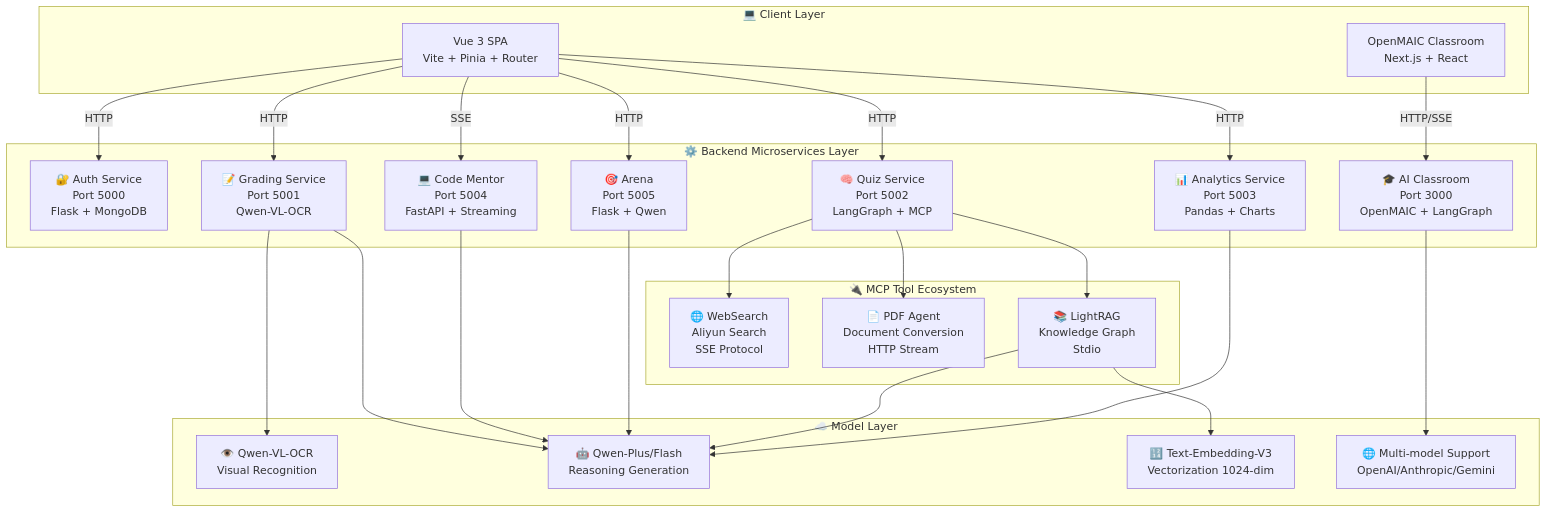
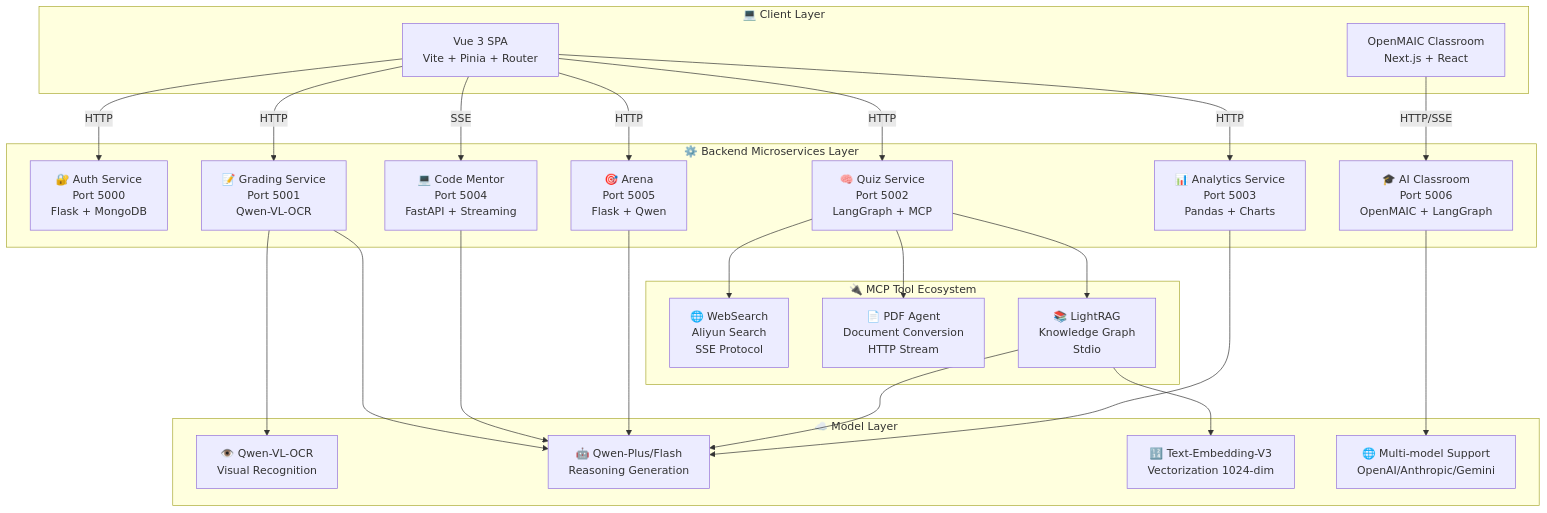
One commit to abaiar/Teacher_Assistant_AI changed the second of 2 diagrams in README_EN.md. Above: the diagram before and after it, drawn with Mermaid. The commit also changed other lines of this file and 1 other file, not shown here.

Commit message:
fix: 修正 OpenMAIC 服务端口号为 5006，添加一键启动说明

````diff
--- a/README_EN.md
+++ b/README_EN.md
@@ -295,53 +295,53 @@
 ```mermaid
 graph TD
     subgraph "💻 Client Layer"
         A[Vue 3 SPA<br/>Vite + Pinia + Router]
         A2[OpenMAIC Classroom<br/>Next.js + React]
     end
 
     subgraph "⚙️ Backend Microservices Layer"
         B1[🔐 Auth Service<br/>Port 5000<br/>Flask + MongoDB]
         B2[📝 Grading Service<br/>Port 5001<br/>Qwen-VL-OCR]
         B3[🧠 Quiz Service<br/>Port 5002<br/>LangGraph + MCP]
         B4[📊 Analytics Service<br/>Port 5003<br/>Pandas + Charts]
         B5[💻 Code Mentor<br/>Port 5004<br/>FastAPI + Streaming]
         B6[🎯 Arena<br/>Port 5005<br/>Flask + Qwen]
-        B7[🎓 AI Classroom<br/>Port 3000<br/>OpenMAIC + LangGraph]
+        B7[🎓 AI Classroom<br/>Port 5006<br/>OpenMAIC + LangGraph]
     end
 
     subgraph "🔌 MCP Tool Ecosystem"
         C1[🌐 WebSearch<br/>Aliyun Search<br/>SSE Protocol]
         C2[📄 PDF Agent<br/>Document Conversion<br/>HTTP Stream]
         C3[📚 LightRAG<br/>Knowledge Graph<br/>Stdio]
     end
 
     subgraph "☁️ Model Layer"
         D1[👁️ Qwen-VL-OCR<br/>Visual Recognition]
         D2[🤖 Qwen-Plus/Flash<br/>Reasoning Generation]
         D3[🔢 Text-Embedding-V3<br/>Vectorization 1024-dim]
         D4[🌐 Multi-model Support<br/>OpenAI/Anthropic/Gemini]
     end
 
     A -->|HTTP| B1
     A -->|HTTP| B2
     A -->|HTTP| B3
     A -->|HTTP| B4
     A -->|SSE| B5
     A -->|HTTP| B6
     A2 -->|HTTP/SSE| B7
 
     B2 --> D1
     B2 --> D2
     B5 --> D2
     B6 --> D2
     B7 --> D4
 
     B3 --> C1
     B3 --> C2
     B3 --> C3
     
     C3 --> D3
     C3 --> D2
 
     B4 --> D2
 ```
````
